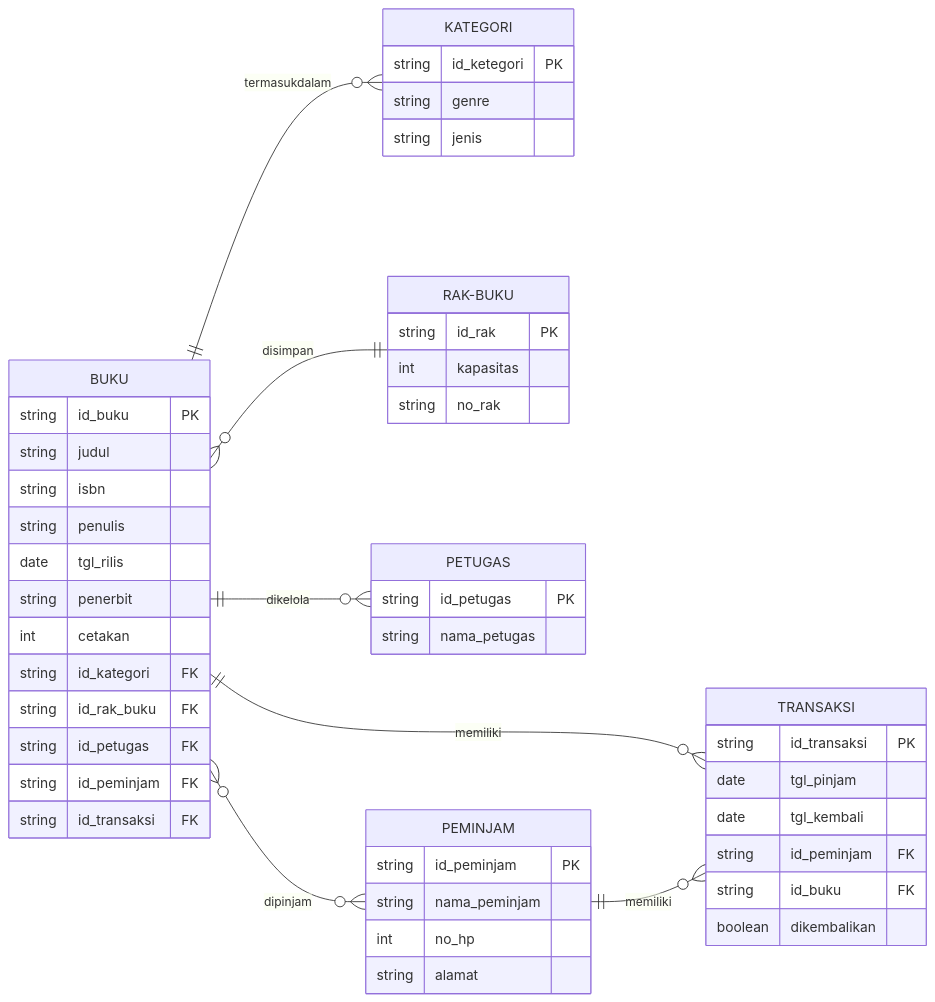
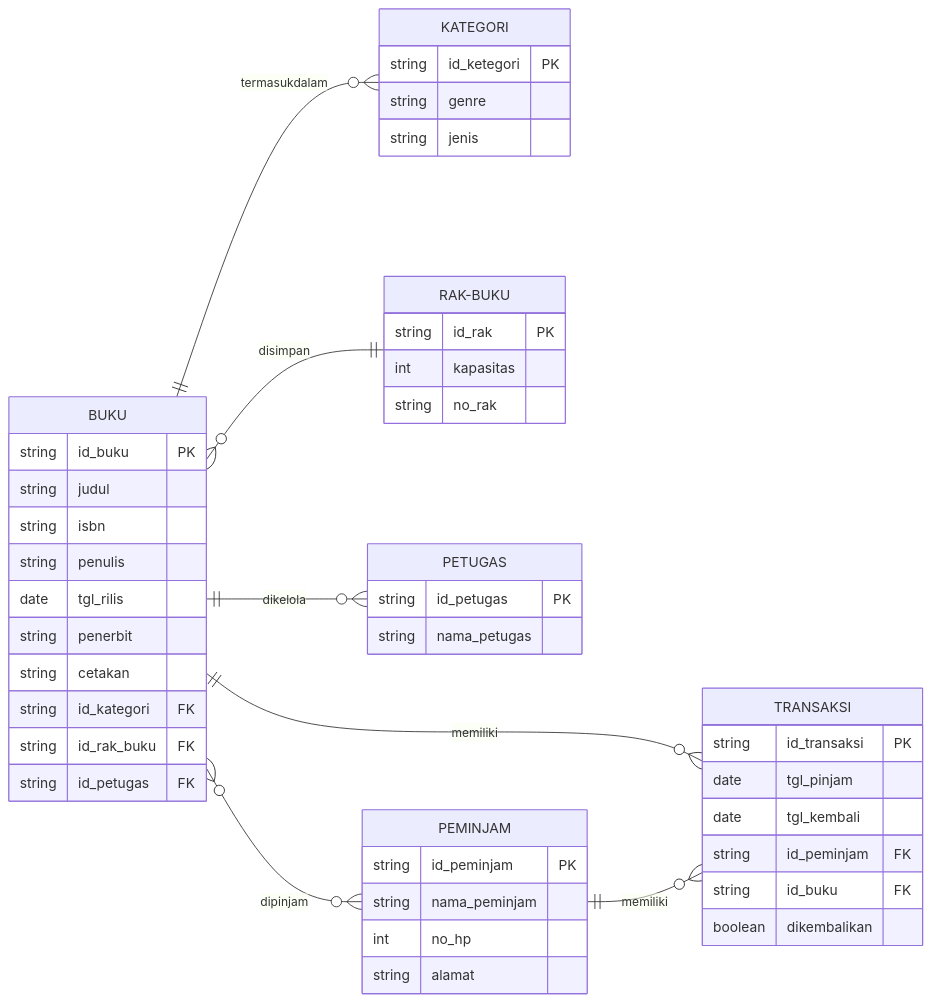
The diagram in README.md (Dwaysetya/fgo24-db-erd), drawn with Mermaid before and after one commit.

Commit message:
feat:update code for foreign key

````diff
--- a/README.md
+++ b/README.md
@@ -3,58 +3,57 @@
 ```mermaid
 
 
 erDiagram
 direction LR
 BUKU ||--o{ KATEGORI : termasukdalam
 BUKU }o--|| RAK-BUKU : disimpan
 BUKU ||--o{ PETUGAS : dikelola
 BUKU }o--o{ PEMINJAM : dipinjam
 BUKU ||--o{ TRANSAKSI : memiliki
 BUKU {
 string id_buku PK
 string judul
 string isbn
 string penulis
 date tgl_rilis
 string penerbit
-int cetakan
+string cetakan
 string id_kategori FK
 string id_rak_buku FK
 string id_petugas FK
-string id_peminjam FK
-string id_transaksi FK
+
 }
 KATEGORI {
 string id_ketegori PK
 string genre
 string jenis
 }
 RAK-BUKU {
 string id_rak PK
 int kapasitas
 string no_rak
 }
 PETUGAS {
 string id_petugas PK
 string nama_petugas
 }
 PEMINJAM ||--o{ TRANSAKSI : memiliki
 PEMINJAM {
 string id_peminjam PK
 string nama_peminjam
 int no_hp
 string alamat
 }
 TRANSAKSI {
 string id_transaksi PK
 date tgl_pinjam
 date tgl_kembali
 string id_peminjam FK
 string id_buku FK
 boolean dikembalikan
 }
 
 
 
 
 ```
````
